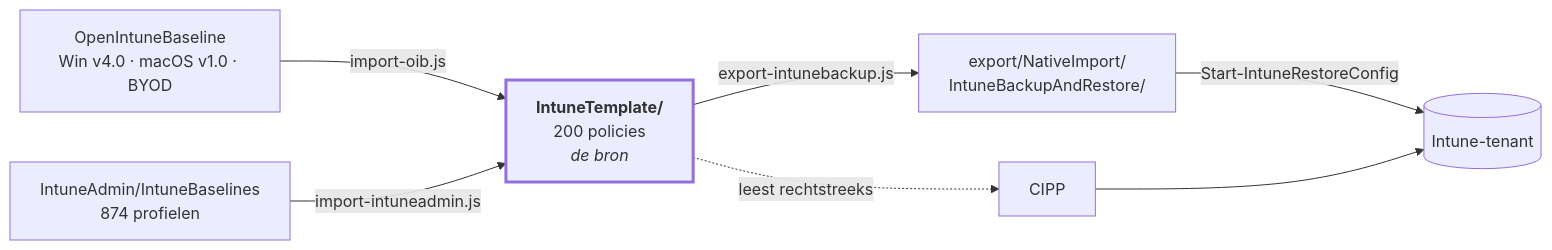
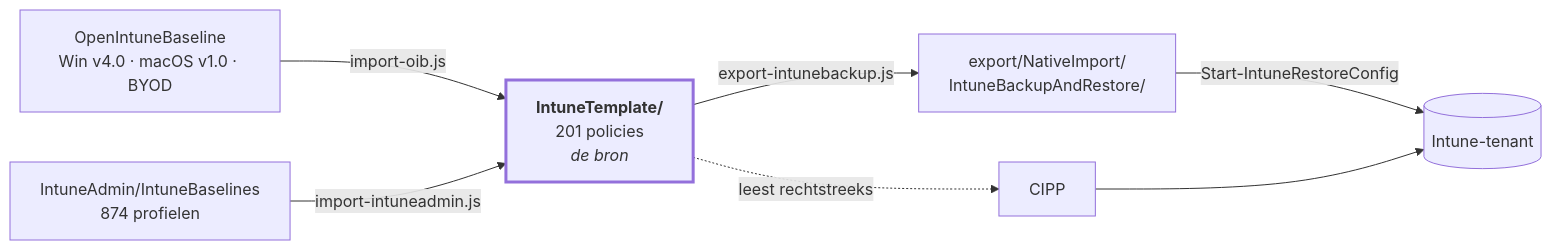
Before and after one commit to sjkanon/IntuneBackup: the diagram in README.md, drawn with Mermaid. The commit also changed other lines of this file and 22 other files, not shown here.

````diff
--- a/README.md
+++ b/README.md
@@ -20,17 +20,17 @@
 ```mermaid
 flowchart LR
   OIB["OpenIntuneBaseline<br/>Win v4.0 · macOS v1.0 · BYOD"]
-  T["<b>IntuneTemplate/</b><br/>200 policies<br/><i>de bron</i>"]
+  T["<b>IntuneTemplate/</b><br/>201 policies<br/><i>de bron</i>"]
   EX["export/NativeImport/<br/>IntuneBackupAndRestore/"]
   TENANT[("Intune-tenant")]
 
   OIB -->|import-oib.js| T
   T -->|export-intunebackup.js| EX
   T -.->|leest rechtstreeks| CIPP[CIPP]
   EX -->|Start-IntuneRestoreConfig| TENANT
   CIPP --> TENANT
 
   IA["IntuneAdmin/IntuneBaselines<br/>874 profielen"] -->|import-intuneadmin.js| T
 
   style T stroke-width:3px
 ```
````
